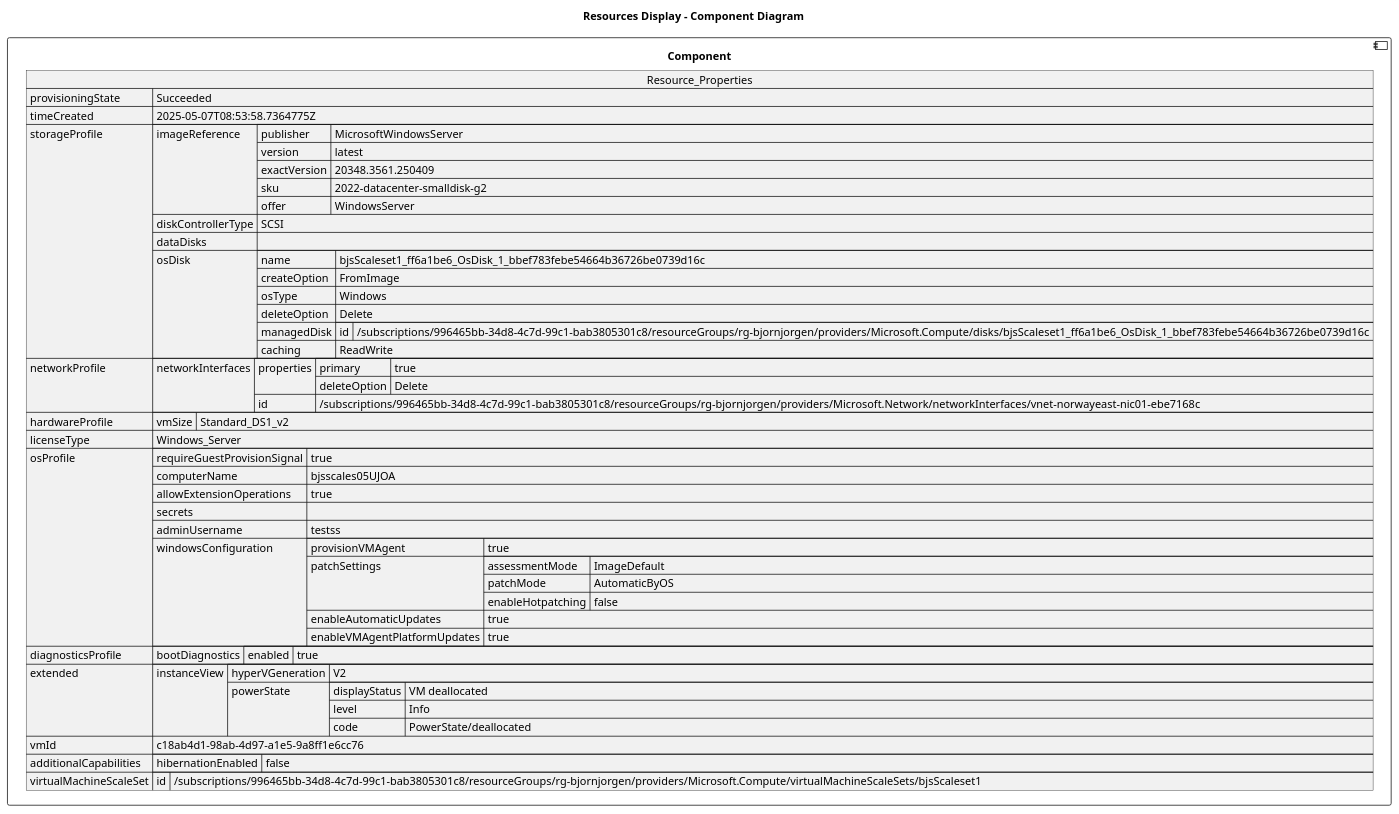
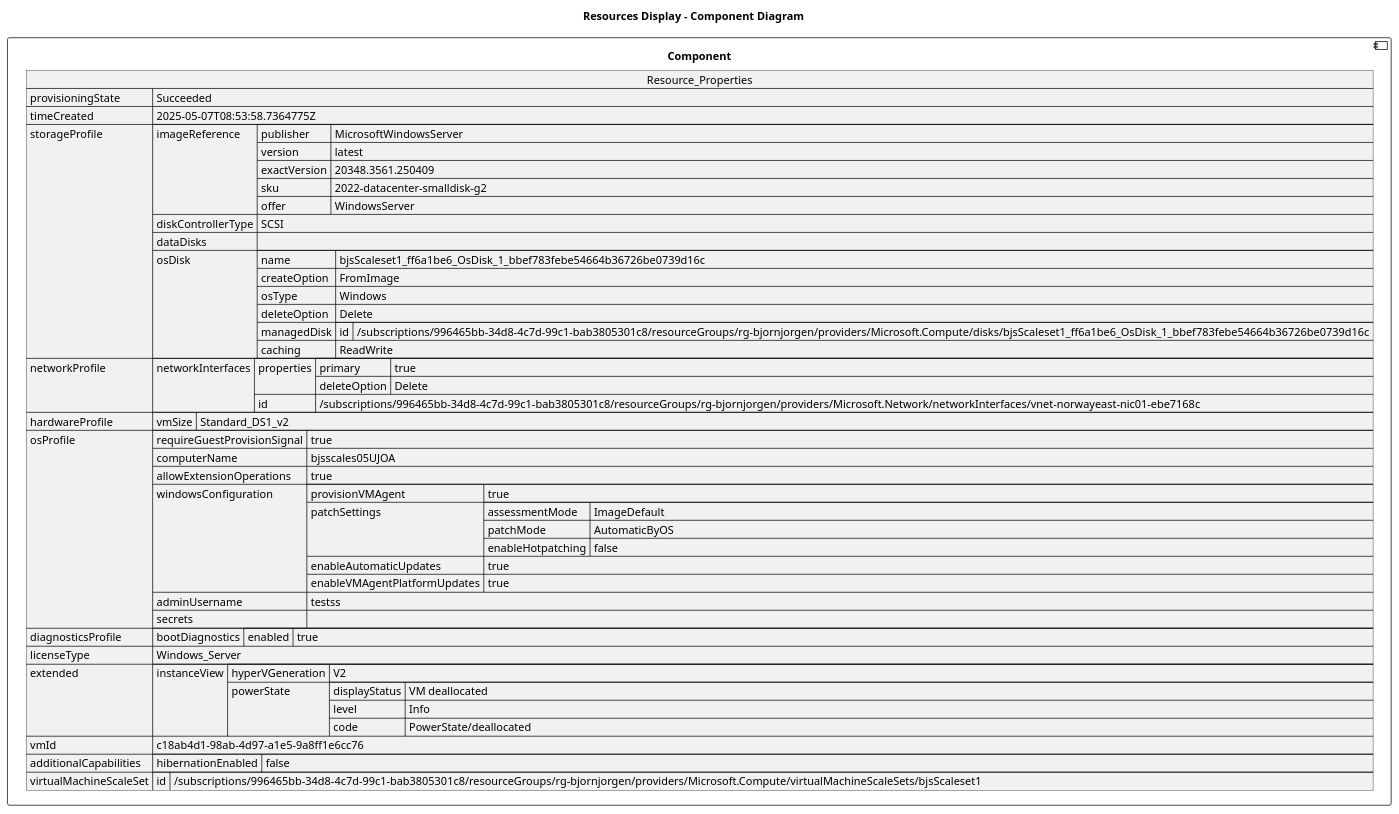
Before and after one commit to DanielAmpong/Test-Azure-architecture-diagram: the diagram in architectureDesign/PUML/rg-bjornjorgen_Resources/bjsScaleset1_ff6a1be6.puml, drawn with PlantUML. The commit also changed 880 other files, not shown here.

```diff
--- a/architectureDesign/PUML/rg-bjornjorgen_Resources/bjsScaleset1_ff6a1be6.puml
+++ b/architectureDesign/PUML/rg-bjornjorgen_Resources/bjsScaleset1_ff6a1be6.puml
@@ -1,87 +1,87 @@
 @startuml
 
 title Resources Display - Component Diagram
 
 component Component {
 
 json  Resource_Properties {
   "provisioningState": "Succeeded",
   "timeCreated": "2025-05-07T08:53:58.7364775Z",
   "storageProfile": {
     "imageReference": {
       "publisher": "MicrosoftWindowsServer",
       "version": "latest",
       "exactVersion": "20348.3561.250409",
       "sku": "2022-datacenter-smalldisk-g2",
       "offer": "WindowsServer"
     },
     "diskControllerType": "SCSI",
     "dataDisks": [],
     "osDisk": {
       "name": "bjsScaleset1_ff6a1be6_OsDisk_1_bbef783febe54664b36726be0739d16c",
       "createOption": "FromImage",
       "osType": "Windows",
       "deleteOption": "Delete",
       "managedDisk": {
         "id": "/subscriptions/996465bb-34d8-4c7d-99c1-bab3805301c8/resourceGroups/rg-bjornjorgen/providers/Microsoft.Compute/disks/bjsScaleset1_ff6a1be6_OsDisk_1_bbef783febe54664b36726be0739d16c"
       },
       "caching": "ReadWrite"
     }
   },
   "networkProfile": {
     "networkInterfaces": [
       {
         "properties": {
           "primary": true,
           "deleteOption": "Delete"
         },
         "id": "/subscriptions/996465bb-34d8-4c7d-99c1-bab3805301c8/resourceGroups/rg-bjornjorgen/providers/Microsoft.Network/networkInterfaces/vnet-norwayeast-nic01-ebe7168c"
       }
     ]
   },
   "hardwareProfile": {
     "vmSize": "Standard_DS1_v2"
   },
-  "licenseType": "Windows_Server",
   "osProfile": {
     "requireGuestProvisionSignal": true,
     "computerName": "bjsscales05UJOA",
     "allowExtensionOperations": true,
-    "secrets": [],
-    "adminUsername": "testss",
     "windowsConfiguration": {
       "provisionVMAgent": true,
       "patchSettings": {
         "assessmentMode": "ImageDefault",
         "patchMode": "AutomaticByOS",
         "enableHotpatching": false
       },
       "enableAutomaticUpdates": true,
       "enableVMAgentPlatformUpdates": true
-    }
+    },
+    "adminUsername": "testss",
+    "secrets": []
   },
   "diagnosticsProfile": {
     "bootDiagnostics": {
       "enabled": true
     }
   },
+  "licenseType": "Windows_Server",
   "extended": {
     "instanceView": {
       "hyperVGeneration": "V2",
       "powerState": {
         "displayStatus": "VM deallocated",
         "level": "Info",
         "code": "PowerState/deallocated"
       }
     }
   },
   "vmId": "c18ab4d1-98ab-4d97-a1e5-9a8ff1e6cc76",
   "additionalCapabilities": {
     "hibernationEnabled": false
   },
   "virtualMachineScaleSet": {
     "id": "/subscriptions/996465bb-34d8-4c7d-99c1-bab3805301c8/resourceGroups/rg-bjornjorgen/providers/Microsoft.Compute/virtualMachineScaleSets/bjsScaleset1"
   }
 }
 }
 @enduml
```
